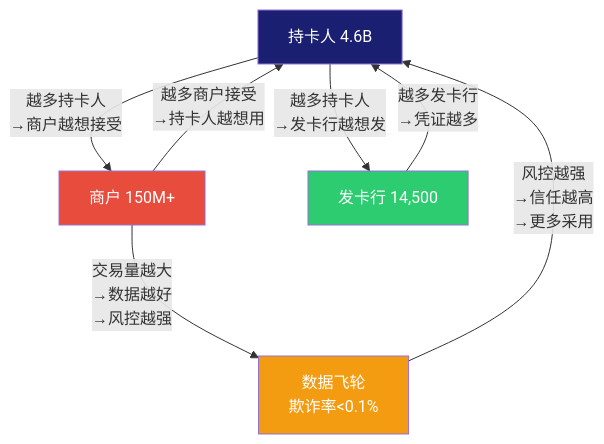
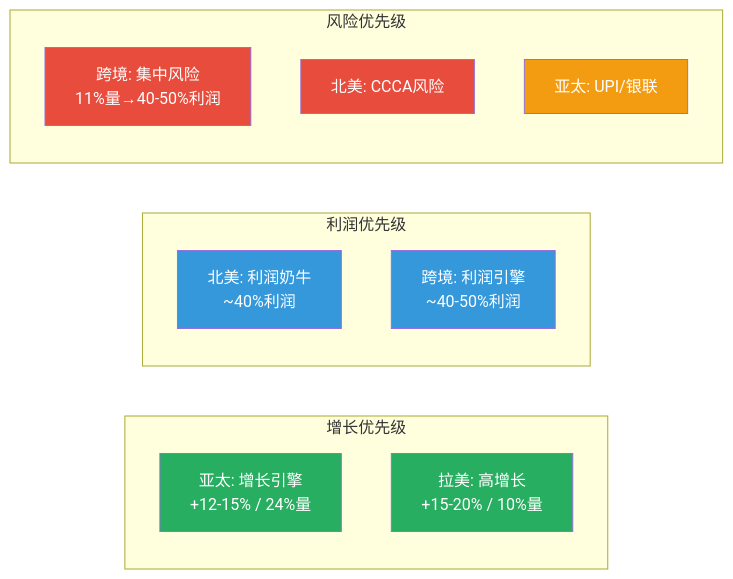
One commit to miltonnewyork25-afk/investment-master changed the seventh of 7 diagrams in reports/V/V_Phase1.md. Above: the diagram before and after it, drawn with Mermaid. The commit also changed other lines of this file and 1 other file, not shown here.

````diff
--- a/reports/V/V_Phase1.md
+++ b/reports/V/V_Phase1.md
@@ -588,14 +759,26 @@
 ```mermaid
-graph TD
-    CH["持卡人 4.6B"] -->|"越多持卡人<br/>→商户越想接受"| MER["商户 150M+"]
-    MER -->|"越多商户接受<br/>→持卡人越想用"| CH
-    ISS["发卡行 14,500"] -->|"越多发卡行<br/>→凭证越多"| CH
-    CH -->|"越多持卡人<br/>→发卡行越想发"| ISS
-    MER -->|"交易量越大<br/>→数据越好<br/>→风控越强"| DATA["数据飞轮<br/>欺诈率<0.1%"]
-    DATA -->|"风控越强<br/>→信任越高<br/>→更多采用"| CH
+graph LR
+    subgraph 增长优先级
+        A["亚太: 增长引擎<br/>+12-15% / 24%量"]
+        B["拉美: 高增长<br/>+15-20% / 10%量"]
+    end
 
-    style CH fill:#1A1F71,color:#fff
-    style MER fill:#E74C3C,color:#fff
-    style ISS fill:#2ECC71,color:#fff
-    style DATA fill:#F39C12,color:#fff
+    subgraph 利润优先级
+        C["北美: 利润奶牛<br/>~40%利润"]
+        D["跨境: 利润引擎<br/>~40-50%利润"]
+    end
+
+    subgraph 风险优先级
+        E["跨境: 集中风险<br/>11%量→40-50%利润"]
+        F["北美: CCCA风险"]
+        G["亚太: UPI/银联"]
+    end
+
+    style A fill:#27AE60,color:#fff
+    style B fill:#27AE60,color:#fff
+    style C fill:#3498DB,color:#fff
+    style D fill:#3498DB,color:#fff
+    style E fill:#E74C3C,color:#fff
+    style F fill:#E74C3C,color:#fff
+    style G fill:#F39C12,color:#fff
 ```
````
